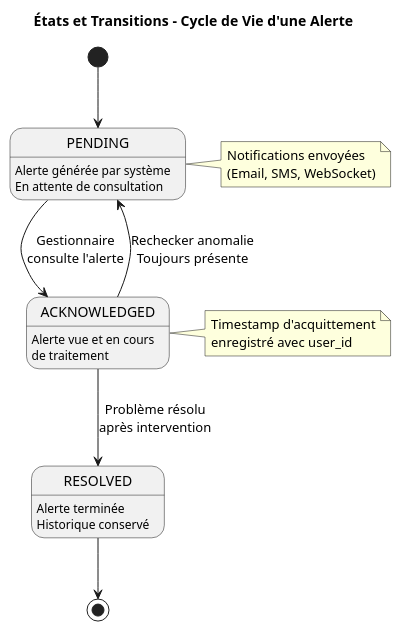
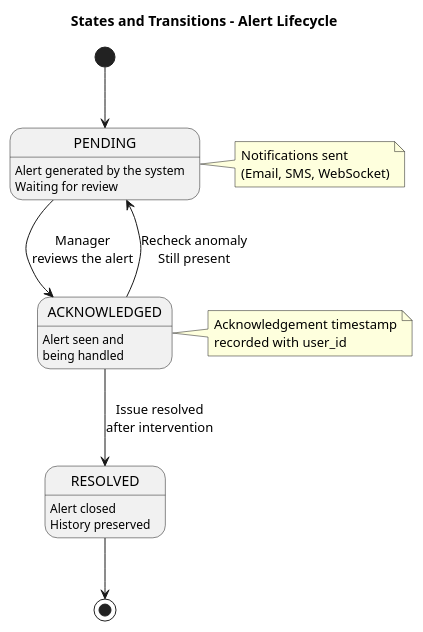
One commit to imenmallouli/deploy changed the sixth of 7 diagrams in docs/design_auto_diagnostic_platform.md. Above: the diagram before and after it, drawn with PlantUML. The commit also changed other lines of this file and 2 other files, not shown here.

````diff
--- a/docs/design_auto_diagnostic_platform.md
+++ b/docs/design_auto_diagnostic_platform.md
@@ -1804,30 +1804,30 @@
 ```plantuml
 @startuml State_Alert_Lifecycle
-title États et Transitions - Cycle de Vie d'une Alerte
+title States and Transitions - Alert Lifecycle
 
 [*] --> PENDING
 
-PENDING : Alerte générée par système\nEn attente de consultation
+PENDING : Alert generated by the system\nWaiting for review
 
-PENDING --> ACKNOWLEDGED : Gestionnaire\nconsulte l'alerte
+PENDING --> ACKNOWLEDGED : Manager\nreviews the alert
 
-ACKNOWLEDGED : Alerte vue et en cours\nde traitement
+ACKNOWLEDGED : Alert seen and\nbeing handled
 
-ACKNOWLEDGED --> PENDING : Rechecker anomalie\nToujours présente
+ACKNOWLEDGED --> PENDING : Recheck anomaly\nStill present
 
-ACKNOWLEDGED --> RESOLVED : Problème résolu\naprès intervention
+ACKNOWLEDGED --> RESOLVED : Issue resolved\nafter intervention
 
-RESOLVED : Alerte terminée\nHistorique conservé
+RESOLVED : Alert closed\nHistory preserved
 
 RESOLVED --> [*]
 
 note right of PENDING
-  Notifications envoyées
+  Notifications sent
   (Email, SMS, WebSocket)
 end note
 
 note right of ACKNOWLEDGED
-  Timestamp d'acquittement
-  enregistré avec user_id
+  Acknowledgement timestamp
+  recorded with user_id
 end note
 ```
````
